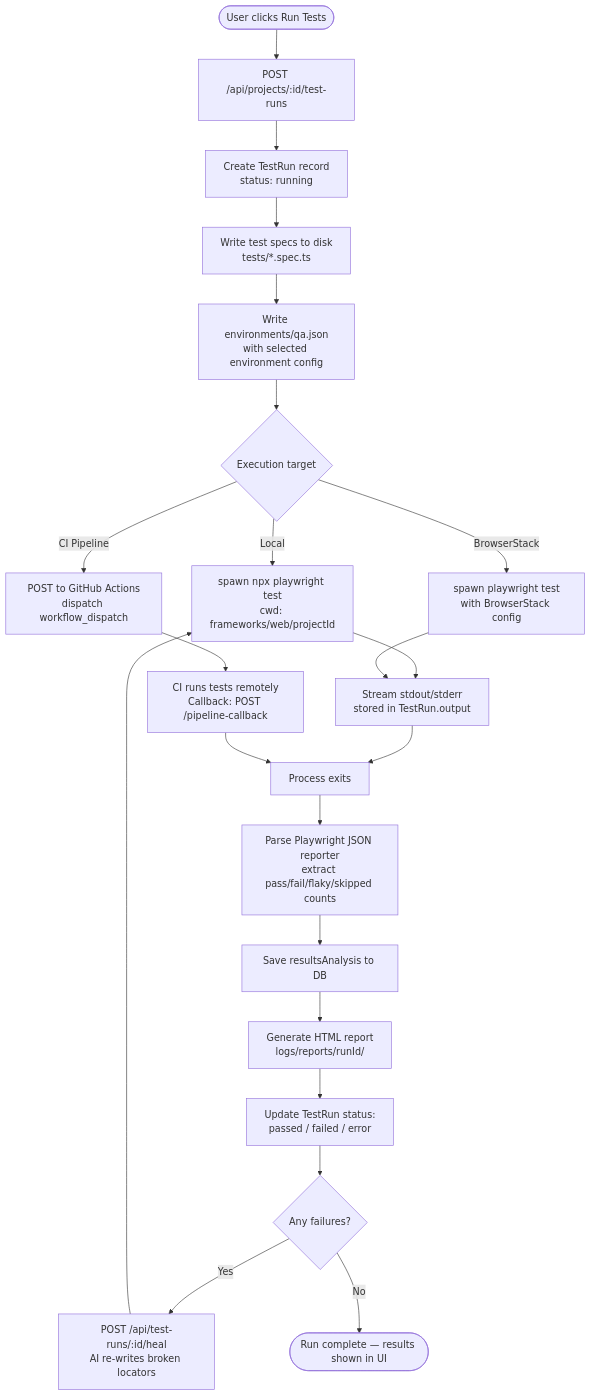
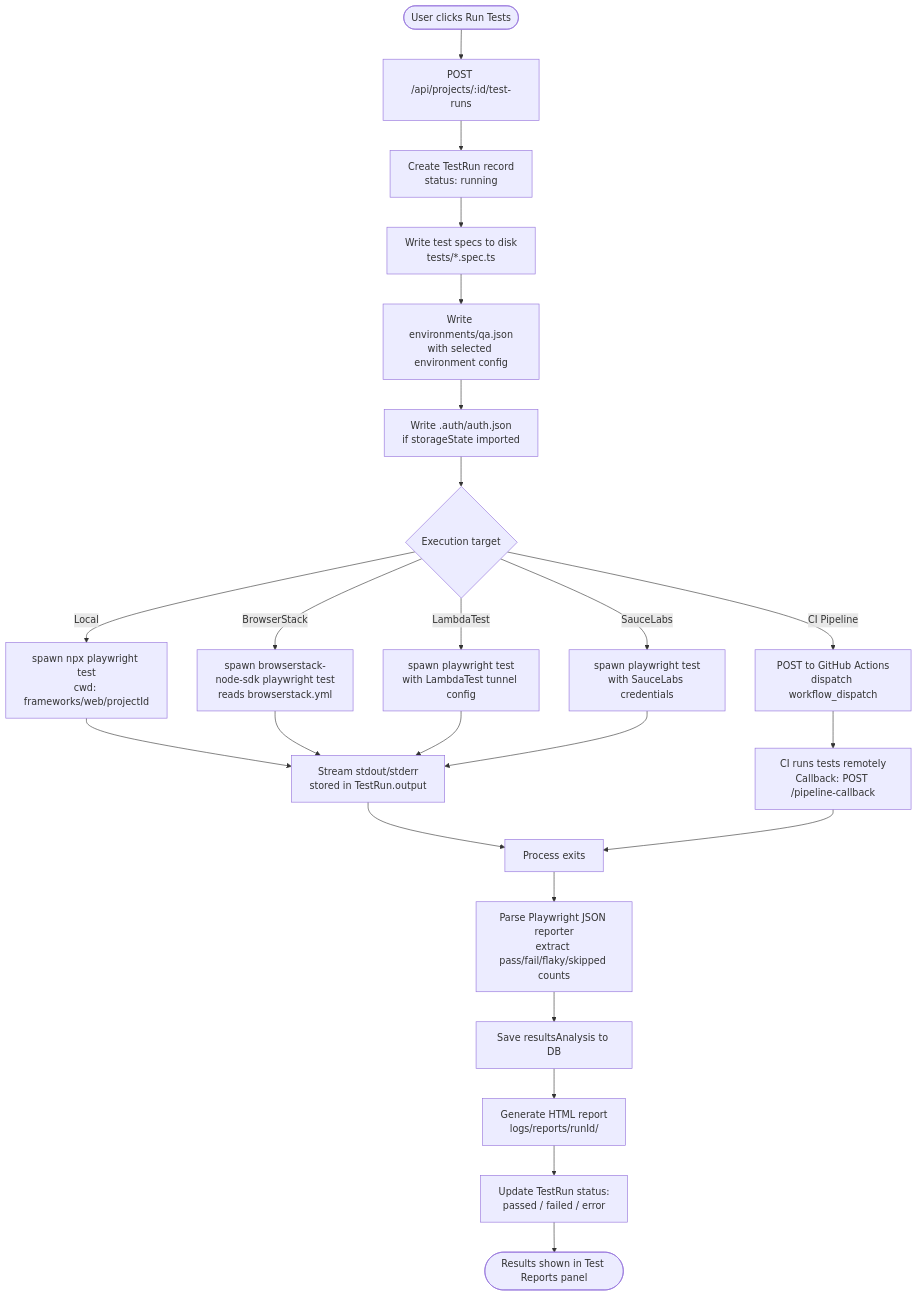
Before and after one commit to jagadeeshqtsolv/automation-ai-platform: the sixth of 9 diagrams in docs/ARCHITECTURE.md, drawn with Mermaid. The commit also changed other lines of this file, not shown here.

````diff
--- a/docs/ARCHITECTURE.md
+++ b/docs/ARCHITECTURE.md
@@ -340,29 +396,28 @@
 ```mermaid
 flowchart TD
     A([User clicks Run Tests]) --> B[POST /api/projects/:id/test-runs]
     B --> C[Create TestRun record\nstatus: running]
     C --> D[Write test specs to disk\ntests/*.spec.ts]
     D --> E[Write environments/qa.json\nwith selected environment config]
+    E --> EA[Write .auth/auth.json\nif storageState imported]
 
-    E --> F{Execution target}
+    EA --> F{Execution target}
 
     F -->|Local| G[spawn npx playwright test\ncwd: frameworks/web/projectId]
-    F -->|BrowserStack| H[spawn playwright test\nwith BrowserStack config]
+    F -->|BrowserStack| H[spawn browserstack-node-sdk playwright test\nreads browserstack.yml]
+    F -->|LambdaTest| LT[spawn playwright test\nwith LambdaTest tunnel config]
+    F -->|SauceLabs| SL[spawn playwright test\nwith SauceLabs credentials]
     F -->|CI Pipeline| I[POST to GitHub Actions\ndispatch workflow_dispatch]
 
-    G & H --> J[Stream stdout/stderr\nstored in TestRun.output]
+    G & H & LT & SL --> J[Stream stdout/stderr\nstored in TestRun.output]
     I --> K[CI runs tests remotely\nCallback: POST /pipeline-callback]
 
     J --> L[Process exits]
     K --> L
 
     L --> M[Parse Playwright JSON reporter\nextract pass/fail/flaky/skipped counts]
     M --> N[Save resultsAnalysis to DB]
     N --> O[Generate HTML report\nlogs/reports/runId/]
     O --> P[Update TestRun status:\npassed / failed / error]
-
-    P --> Q{Any failures?}
-    Q -->|Yes| R[POST /api/test-runs/:id/heal\nAI re-writes broken locators]
-    R --> G
-    Q -->|No| S([Run complete — results shown in UI])
+    P --> Q([Results shown in Test Reports panel])
 ```
````
